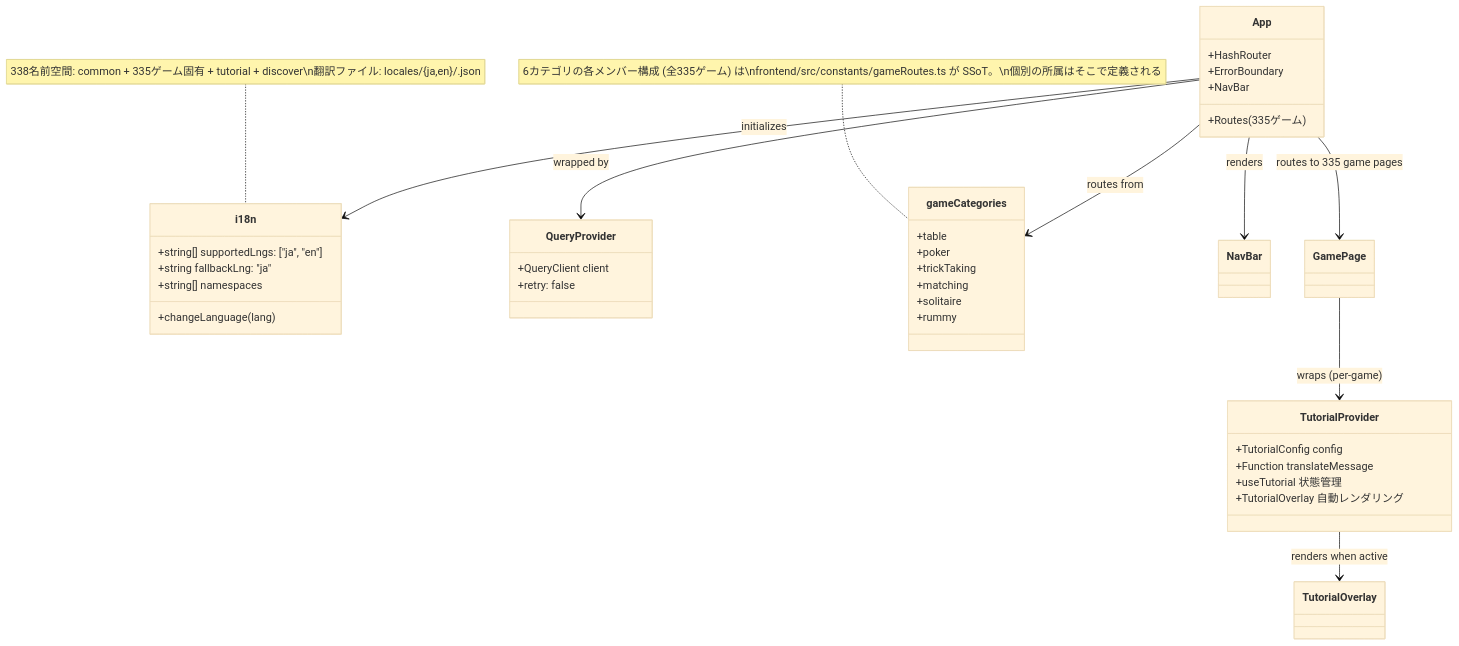
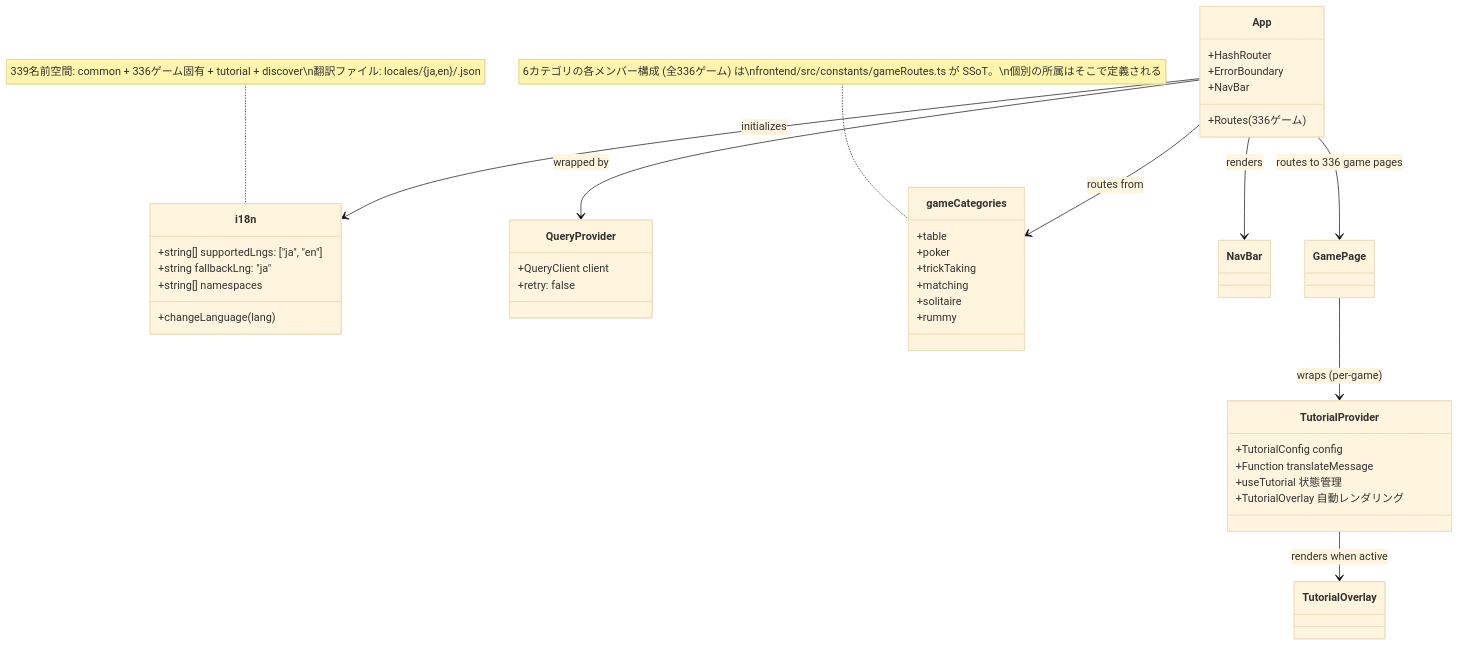
The ninth of 49 diagrams in docs/design/frontend.md (yuta-yoshinaga/go_trumpcards), drawn with Mermaid (base theme) before and after one commit. The commit also changed other lines of this file and 61 other files, not shown here.

````diff
--- a/docs/design/frontend.md
+++ b/docs/design/frontend.md
@@ -1874,48 +1874,48 @@
 ```mermaid
 classDiagram
     class i18n {
         +string[] supportedLngs: ["ja", "en"]
         +string fallbackLng: "ja"
         +string[] namespaces
         +changeLanguage(lang)
     }
 
     class QueryProvider {
         +QueryClient client
         +retry: false
     }
 
     class App {
         +HashRouter
         +ErrorBoundary
         +NavBar
-        +Routes (335ゲーム)
+        +Routes (336ゲーム)
     }
 
     class gameCategories {
         +table
         +poker
         +trickTaking
         +matching
         +solitaire
         +rummy
     }
-    note for gameCategories "6カテゴリの各メンバー構成 (全335ゲーム) は\nfrontend/src/constants/gameRoutes.ts が SSoT。\n個別の所属はそこで定義される"
+    note for gameCategories "6カテゴリの各メンバー構成 (全336ゲーム) は\nfrontend/src/constants/gameRoutes.ts が SSoT。\n個別の所属はそこで定義される"
 
     class TutorialProvider {
         +TutorialConfig config
         +Function translateMessage
         +useTutorial 状態管理
         +TutorialOverlay 自動レンダリング
     }
 
     App --> QueryProvider : wrapped by
     App --> i18n : initializes
     App --> gameCategories : routes from
     App --> NavBar : renders
-    App --> GamePage : routes to 335 game pages
+    App --> GamePage : routes to 336 game pages
     GamePage --> TutorialProvider : wraps (per-game)
     TutorialProvider --> TutorialOverlay : renders when active
 
-    note for i18n "338名前空間: common + 335ゲーム固有 + tutorial + discover\n翻訳ファイル: locales/{ja,en}/<game>.json"
+    note for i18n "339名前空間: common + 336ゲーム固有 + tutorial + discover\n翻訳ファイル: locales/{ja,en}/<game>.json"
 ```
````
